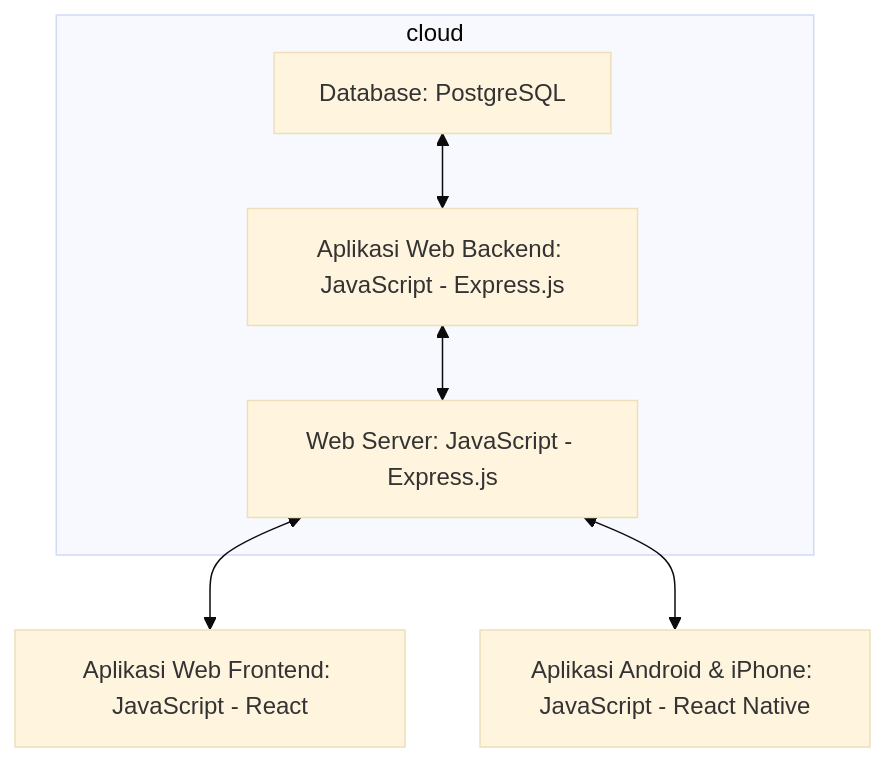
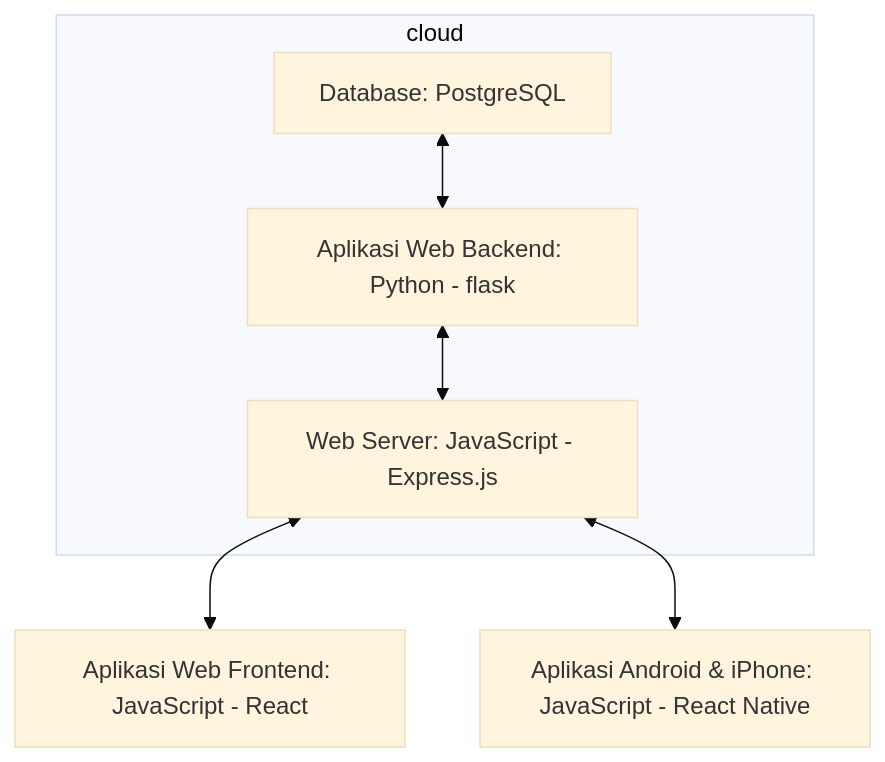
One commit to dimaswae/DisHelper changed the second of 2 diagrams in Preview.md. Above: the diagram before and after it, drawn with Mermaid (base theme). The commit also changed other lines of this file, not shown here.

````diff
--- a/Preview.md
+++ b/Preview.md
@@ -70,9 +76,9 @@
 ```mermaid
 flowchart BT 
   subgraph cloud
-    B[Web Server: JavaScript - Express.js] <--> C[Aplikasi Web Backend: JavaScript - Express.js] 
+    B[Web Server: JavaScript - Express.js] <--> C[Aplikasi Web Backend: Python - flask] 
     C <--> D[Database: PostgreSQL] 
   end
   E[Aplikasi Web Frontend: JavaScript - React] <--> B 
   A[Aplikasi Android & iPhone: JavaScript - React Native] <--> B
 ```
````
